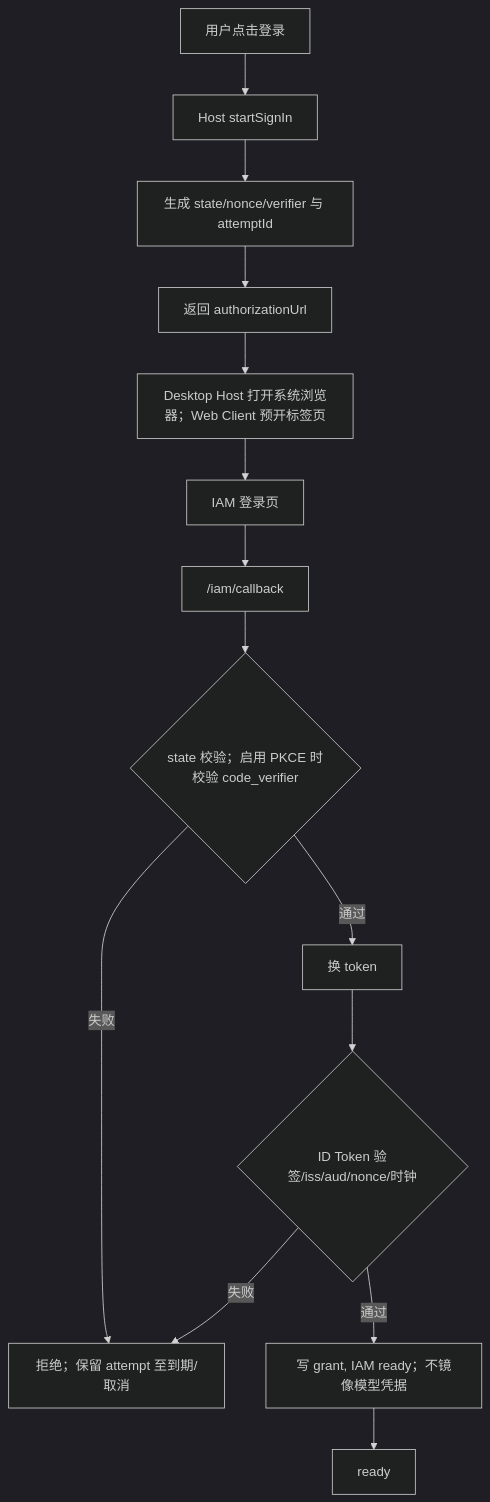
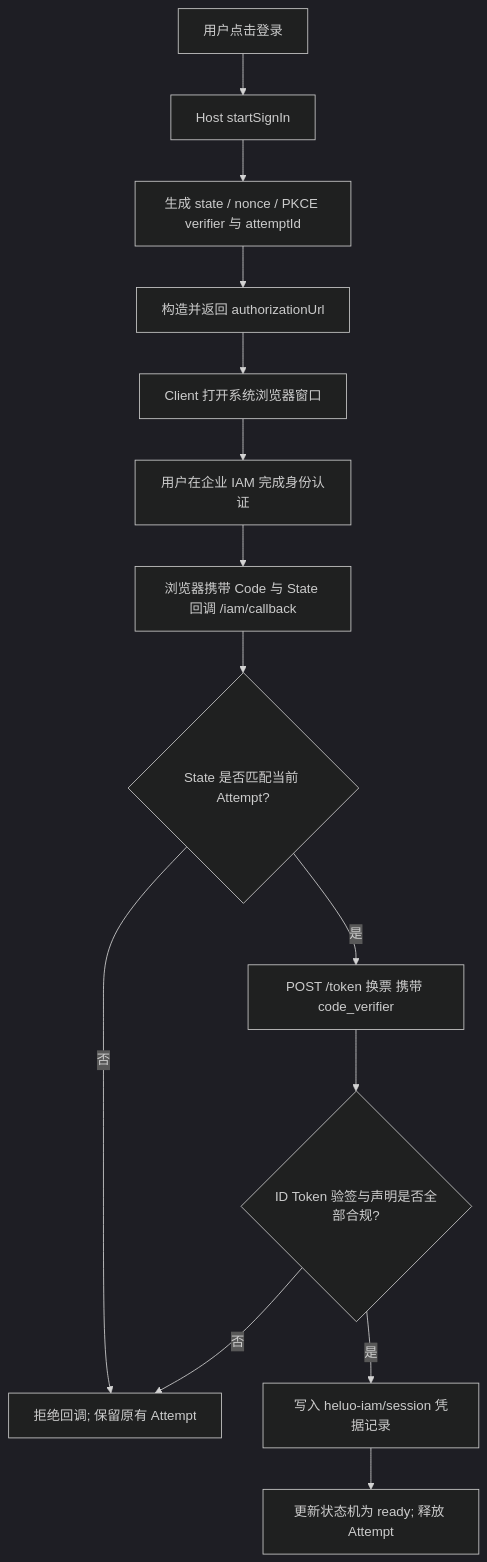
Before and after one commit to hrygo/heluo-forge: the fourth of 4 diagrams in docs/design/plugins/forge-iam.md, drawn with Mermaid (dark theme). The commit also changed other lines of this file and 89 other files, not shown here.

First line of the commit message:
feat(iam): 收口 IAM 隔离能力并新增只读视图订阅接缝

````diff
--- a/docs/design/plugins/forge-iam.md
+++ b/docs/design/plugins/forge-iam.md
@@ -406,16 +566,16 @@
 ```mermaid
 flowchart TD
   A[用户点击登录] --> B[Host startSignIn]
-  B --> C["生成 state/nonce/verifier 与 attemptId"]
-  C --> D[返回 authorizationUrl]
-  D --> E[Desktop Host 打开系统浏览器；Web Client 预开标签页]
-  E --> F[IAM 登录页]
-  F --> G["/iam/callback"]
-  G --> H{state 校验；启用 PKCE 时校验 code_verifier}
-  H -->|失败| I[拒绝；保留 attempt 至到期/取消]
-  H -->|通过| J[换 token]
-  J --> K{"ID Token 验签/iss/aud/nonce/时钟"}
-  K -->|失败| I
-  K -->|通过| L[写 grant, IAM ready；不镜像模型凭据]
-  L --> M[ready]
+  B --> C[生成 state / nonce / PKCE verifier 与 attemptId]
+  C --> D[构造并返回 authorizationUrl]
+  D --> E[Client 打开系统浏览器窗口]
+  E --> F[用户在企业 IAM 完成身份认证]
+  F --> G[浏览器携带 Code 与 State 回调 /iam/callback]
+  G --> H{State 是否匹配当前 Attempt?}
+  H -->|否| I[拒绝回调; 保留原有 Attempt]
+  H -->|是| J[POST /token 换票 携带 code_verifier]
+  J --> K{ID Token 验签与声明是否全部合规?}
+  K -->|否| I
+  K -->|是| L[写入 heluo-iam/session 凭据记录]
+  L --> M[更新状态机为 ready; 释放 Attempt]
 ```
````
